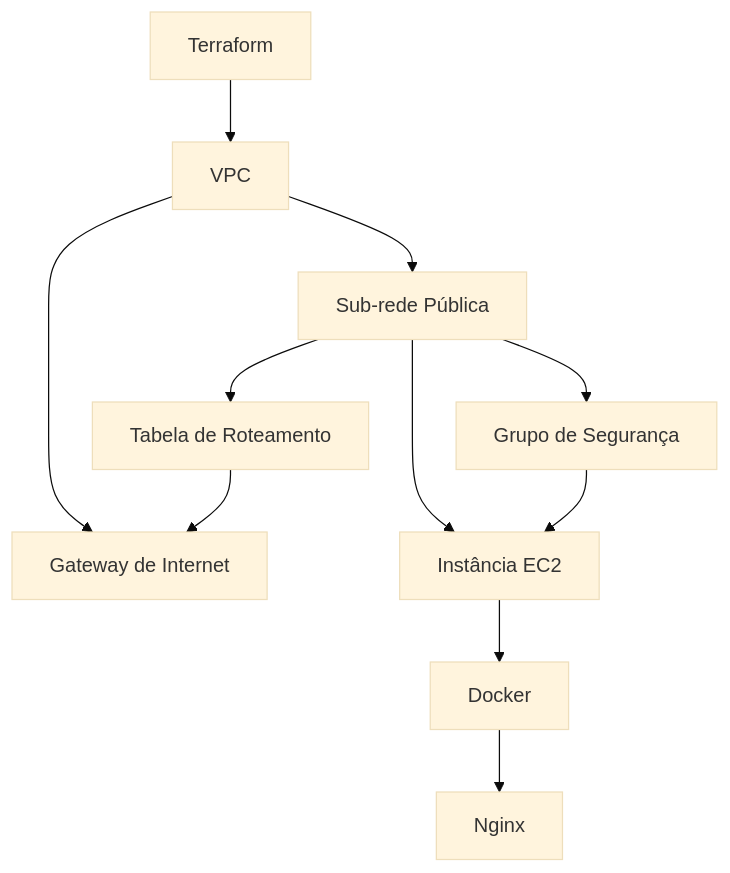
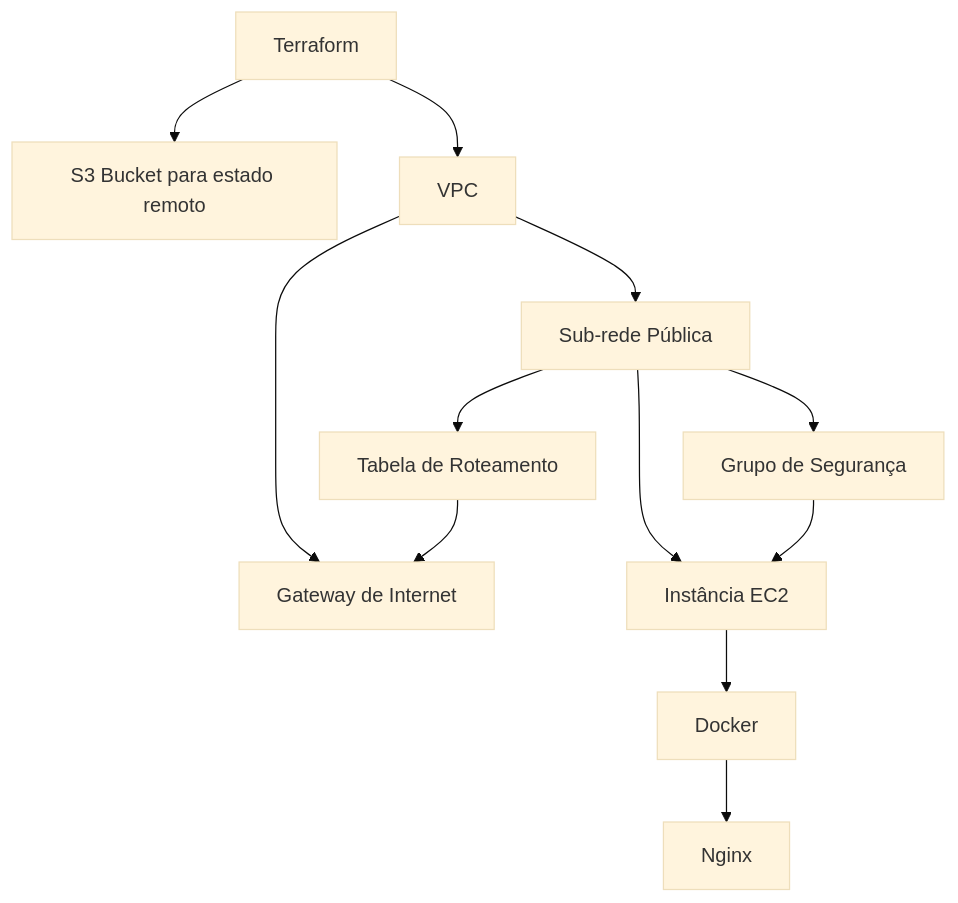
Before and after one commit to isabelaleeite/vexpenses-projeto-devops: the diagram in README.md, drawn with Mermaid (base theme). The commit also changed other lines of this file, not shown here.

````diff
--- a/README.md
+++ b/README.md
@@ -30,13 +23,14 @@
 ```mermaid
 graph TD;
-    A[Terraform] --> B[VPC]
+    A[Terraform] --> S[S3 Bucket para estado remoto]
+    A --> B[VPC]
     B --> C[Sub-rede Pública]
     B --> D[Gateway de Internet]
     C --> E[Tabela de Roteamento]
     C --> F[Grupo de Segurança]
     C --> G[Instância EC2]
     F --> G
     G --> I[Docker]
     I --> H[Nginx]
     E --> D
 ```
````
